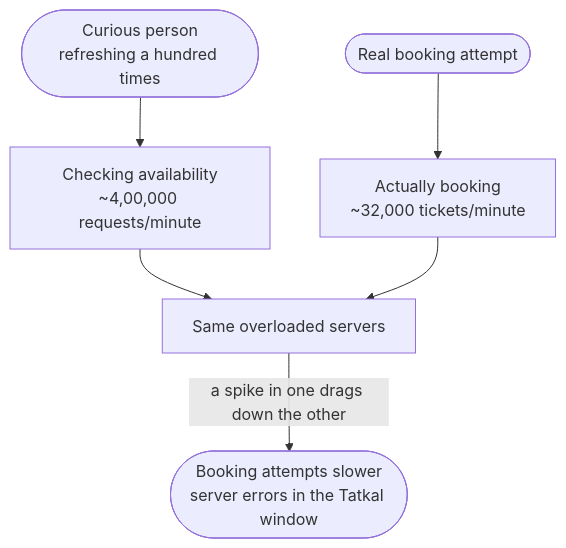
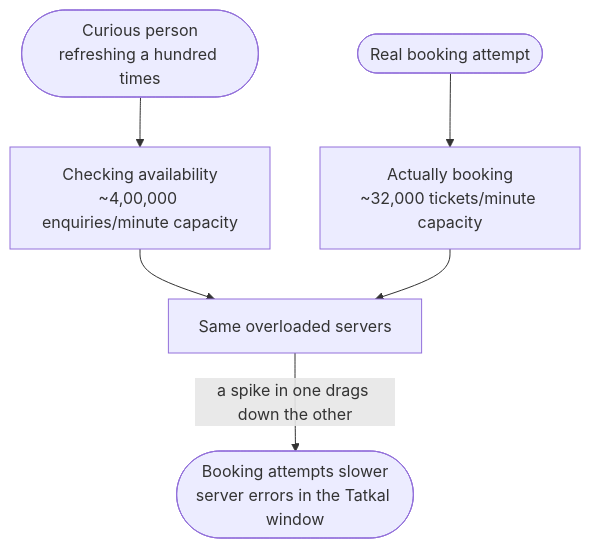
Before and after one commit to himanshkukreja/himanshu-kukreja-portfolio: the fourth of 4 diagrams in content/stories/irctc-tatkal-500-seats-2-million-users.md, drawn with Mermaid. The commit also changed other lines of this file and 14 other files, not shown here.

````diff
--- a/content/stories/irctc-tatkal-500-seats-2-million-users.md
+++ b/content/stories/irctc-tatkal-500-seats-2-million-users.md
@@ -210,9 +210,9 @@
 ```mermaid
 %% title: When looking and buying share servers
 flowchart TD
-  C(["Curious person<br/>refreshing a hundred times"]):::client --> AV["Checking availability<br/>~4,00,000 requests/minute"]:::service
-  R(["Real booking attempt"]):::client --> BK["Actually booking<br/>~32,000 tickets/minute"]:::core
+  C(["Curious person<br/>refreshing a hundred times"]):::client --> AV["Checking availability<br/>~4,00,000 enquiries/minute capacity"]:::service
+  R(["Real booking attempt"]):::client --> BK["Actually booking<br/>~32,000 tickets/minute capacity"]:::core
   AV --> SH["Same overloaded servers"]:::bad
   BK --> SH
   SH -->|"a spike in one drags down the other"| SL(["Booking attempts slower<br/>server errors in the Tatkal window"]):::bad
 ```
````
